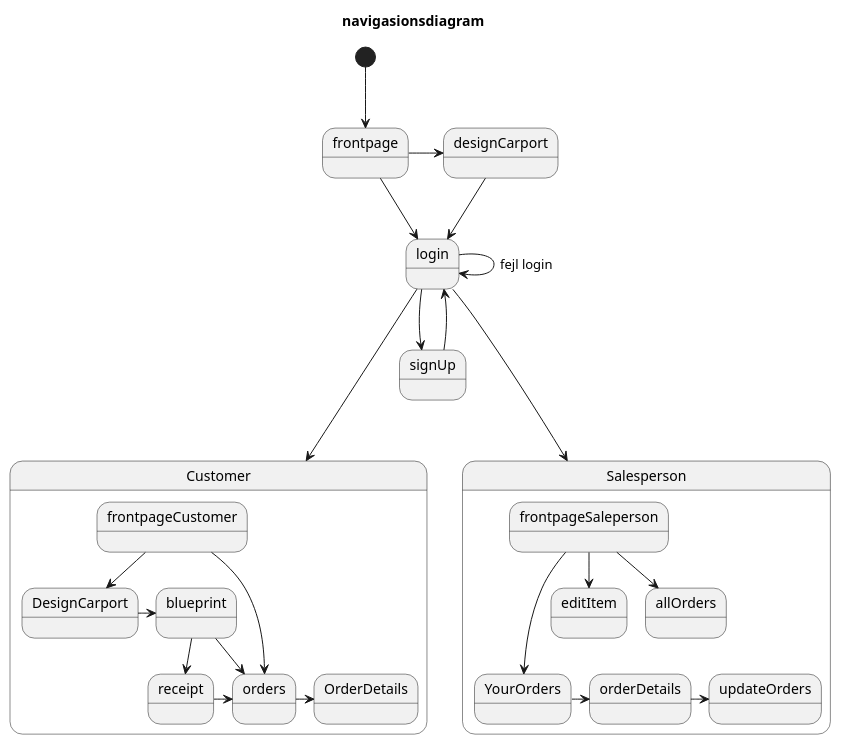
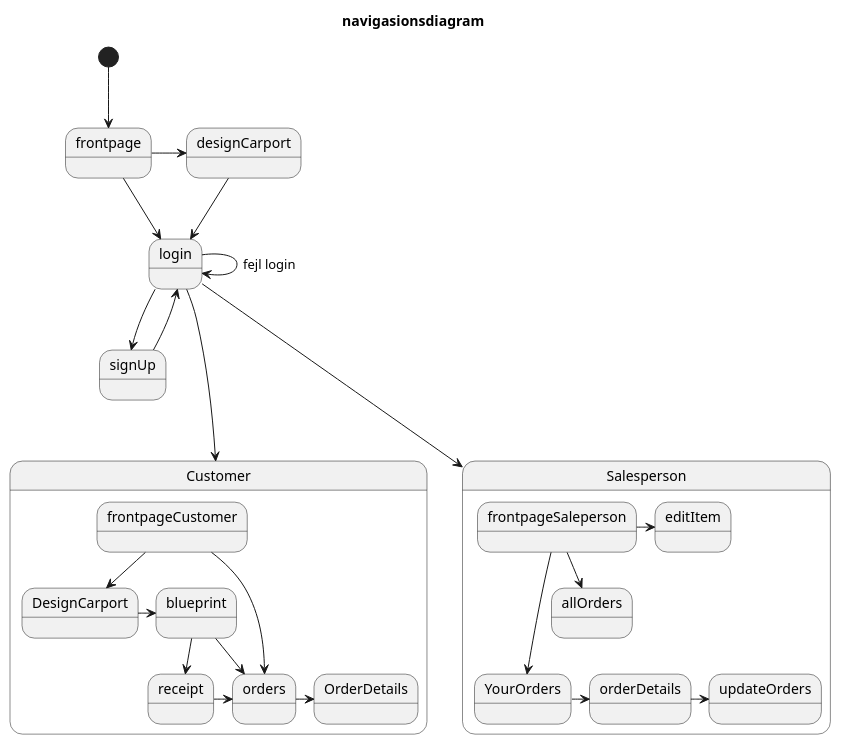
One commit to Laumh-exe/2SemEksamenOpgave changed the diagram in doc/Analyse/PlantUML/NavigasionsDiagram.puml. Above: the diagram before and after it, drawn with PlantUML.

```diff
--- a/doc/Analyse/PlantUML/NavigasionsDiagram.puml
+++ b/doc/Analyse/PlantUML/NavigasionsDiagram.puml
@@ -1,37 +1,37 @@
 @startuml
 Title navigasionsdiagram
 [*] --> frontpage
 frontpage -> login
 login ---> Customer
-login --> signUp
+login -> signUp
 login -> login : fejl login
 login ---> Salesperson
 frontpage -> designCarport
 designCarport --> login
 signUp --> login
 
 
 state Salesperson{
 
 
-frontpageSaleperson --> editItem
+frontpageSaleperson -> editItem
 frontpageSaleperson --> allOrders
 frontpageSaleperson ---> YourOrders
 YourOrders -> orderDetails
 orderDetails -> updateOrders
 }
 
 state Customer{
 
 frontpageCustomer --> DesignCarport
 frontpageCustomer -> orders
 DesignCarport -> blueprint
 blueprint --> receipt
 blueprint --> orders
 receipt -> orders
 orders -> OrderDetails
 
 }
 
 
 @enduml
```
